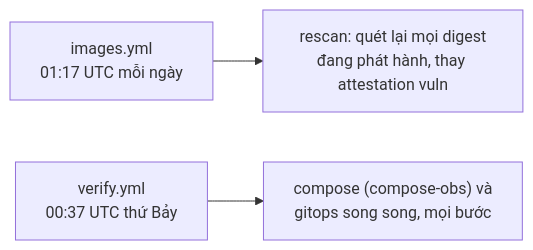
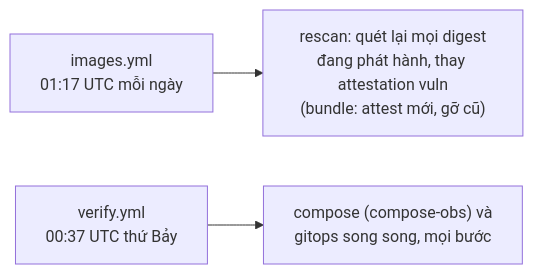
The third of 5 diagrams in docs/ci-cd.md (anhnvcoder/svp-backend), drawn with Mermaid before and after one commit. The commit also changed other lines of this file and 28 other files, not shown here.

First line of the commit message:
feat(ci): chữ ký, vuln, SBOM ở Sigstore bundle, provenance bằng actions/attest (ADR-0040)

````diff
--- a/docs/ci-cd.md
+++ b/docs/ci-cd.md
@@ -105,5 +105,5 @@
 ```mermaid
 flowchart LR
-    daily["images.yml<br/>01:17 UTC mỗi ngày"] --> rescan["rescan: quét lại mọi digest<br/>đang phát hành, thay attestation vuln"]
+    daily["images.yml<br/>01:17 UTC mỗi ngày"] --> rescan["rescan: quét lại mọi digest<br/>đang phát hành, thay attestation vuln<br/>(bundle: attest mới, gỡ cũ)"]
     weekly["verify.yml<br/>00:37 UTC thứ Bảy"] --> both["compose (compose-obs) và<br/>gitops song song, mọi bước"]
 ```
````
